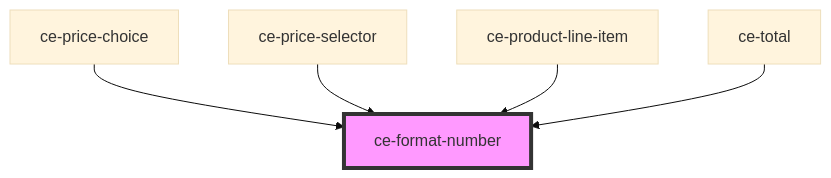
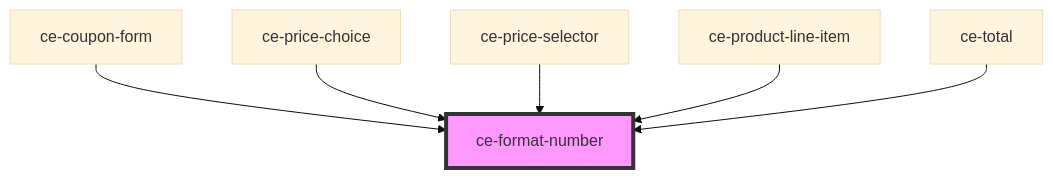
The diagram in packages/components/src/components/util/format-number/readme.md (surecart/surecart-wp-plugin), drawn with Mermaid (base theme) before and after one commit. The commit also changed other lines of this file and 60 other files, not shown here.

````diff
--- a/packages/components/src/components/util/format-number/readme.md
+++ b/packages/components/src/components/util/format-number/readme.md
@@ -36,8 +37,9 @@
 ```mermaid
 graph TD;
+  ce-coupon-form --> ce-format-number
   ce-price-choice --> ce-format-number
   ce-price-selector --> ce-format-number
   ce-product-line-item --> ce-format-number
   ce-total --> ce-format-number
   style ce-format-number fill:#f9f,stroke:#333,stroke-width:4px
 ```
````
